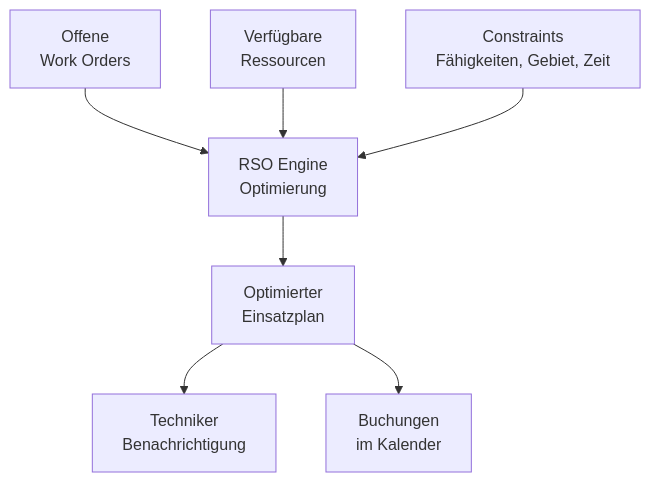
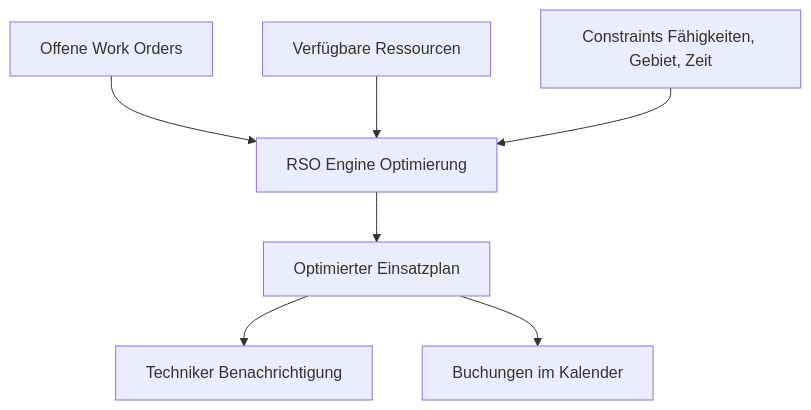
One commit to SoniiiT/notes-n-docs changed the third of 5 diagrams in Microsoft 365/Dynamics 365/Dynamics 365 Field Service.md. Above: the diagram before and after it, drawn with Mermaid. The commit also changed other lines of this file and 124 other files, not shown here.

First line of the commit message:
fix: Entferne \n aus allen Mermaid-Diagrammen (125 Dateien)

````diff
--- a/Microsoft 365/Dynamics 365/Dynamics 365 Field Service.md
+++ b/Microsoft 365/Dynamics 365/Dynamics 365 Field Service.md
@@ -100,9 +100,9 @@
 ```mermaid
 graph TD
-    WO[Offene\nWork Orders] --> RSO[RSO Engine\nOptimierung]
-    RES[Verfügbare\nRessourcen] --> RSO
-    CONS[Constraints\nFähigkeiten, Gebiet, Zeit] --> RSO
-    RSO --> PLAN[Optimierter\nEinsatzplan]
-    PLAN --> NOT[Techniker\nBenachrichtigung]
-    PLAN --> BOOK[Buchungen\nim Kalender]
+    WO[Offene Work Orders] --> RSO[RSO Engine Optimierung]
+    RES[Verfügbare Ressourcen] --> RSO
+    CONS[Constraints Fähigkeiten, Gebiet, Zeit] --> RSO
+    RSO --> PLAN[Optimierter Einsatzplan]
+    PLAN --> NOT[Techniker Benachrichtigung]
+    PLAN --> BOOK[Buchungen im Kalender]
 ```
````
